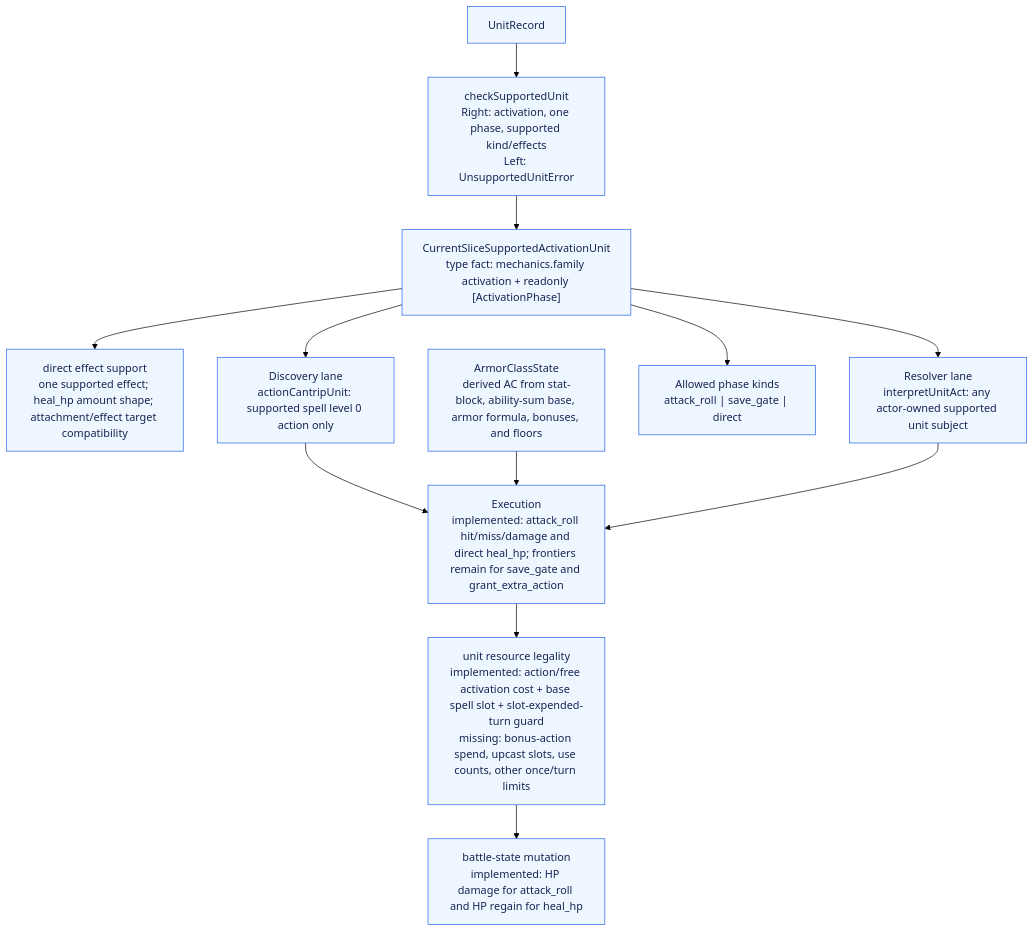
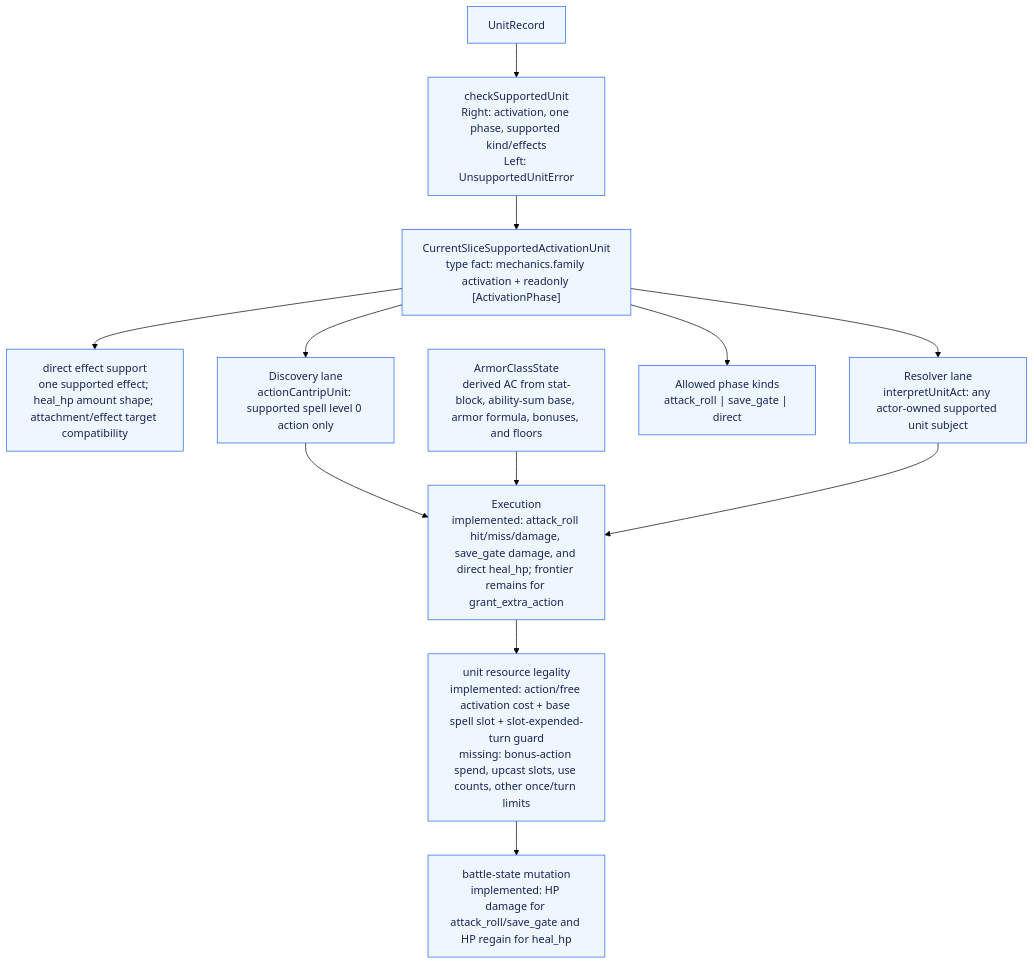
The sixth of 7 diagrams in packages/surface-runtime-correction/ARCHITECTURE_GRAPH.md (dearlordylord/5e-quint), drawn with Mermaid (forest theme) before and after one commit. The commit also changed other lines of this file and 9 other files, not shown here.

Commit message:
Implement save gate damage resolution

````diff
--- a/packages/surface-runtime-correction/ARCHITECTURE_GRAPH.md
+++ b/packages/surface-runtime-correction/ARCHITECTURE_GRAPH.md
@@ -265,27 +275,27 @@
 ```mermaid
 flowchart TD
   UnitRecord["UnitRecord"]
   Support["checkSupportedUnit<br/>Right: activation, one phase, supported kind/effects<br/>Left: UnsupportedUnitError"]
   Supported["CurrentSliceSupportedActivationUnit<br/>type fact: mechanics.family activation + readonly [ActivationPhase]"]
   DirectSupport["direct effect support<br/>one supported effect; heal_hp amount shape; attachment/effect target compatibility"]
   DiscoveryLane["Discovery lane<br/>actionCantripUnit: supported spell level 0 action only"]
   ResolverLane["Resolver lane<br/>interpretUnitAct: any actor-owned supported unit subject"]
   PhaseKinds["Allowed phase kinds<br/>attack_roll | save_gate | direct"]
   ArmorClassState["ArmorClassState<br/>derived AC from stat-block, ability-sum base, armor formula, bonuses, and floors"]
-  Execution["Execution<br/>implemented: attack_roll hit/miss/damage and direct heal_hp; frontiers remain for save_gate and grant_extra_action"]
+  Execution["Execution<br/>implemented: attack_roll hit/miss/damage, save_gate damage, and direct heal_hp; frontier remains for grant_extra_action"]
   ResourceLegality["unit resource legality<br/>implemented: action/free activation cost + base spell slot + slot-expended-turn guard<br/>missing: bonus-action spend, upcast slots, use counts, other once/turn limits"]
-  StateMutation["battle-state mutation<br/>implemented: HP damage for attack_roll and HP regain for heal_hp"]
+  StateMutation["battle-state mutation<br/>implemented: HP damage for attack_roll/save_gate and HP regain for heal_hp"]
 
   UnitRecord --> Support --> Supported
   Supported --> PhaseKinds
   Supported --> DirectSupport
   Supported --> DiscoveryLane
   Supported --> ResolverLane
   DiscoveryLane --> Execution --> ResourceLegality --> StateMutation
   ArmorClassState --> Execution
   ResolverLane --> Execution
 
   classDef missing fill:#fff1f0,stroke:#c2410c,stroke-width:2px,stroke-dasharray: 6 4,color:#7c2d12;
   classDef implemented fill:#eef6ff,stroke:#2563eb,color:#172554;
   class UnitRecord,Support,Supported,DirectSupport,DiscoveryLane,ResolverLane,PhaseKinds,ArmorClassState,Execution,ResourceLegality,StateMutation implemented;
 ```
````
